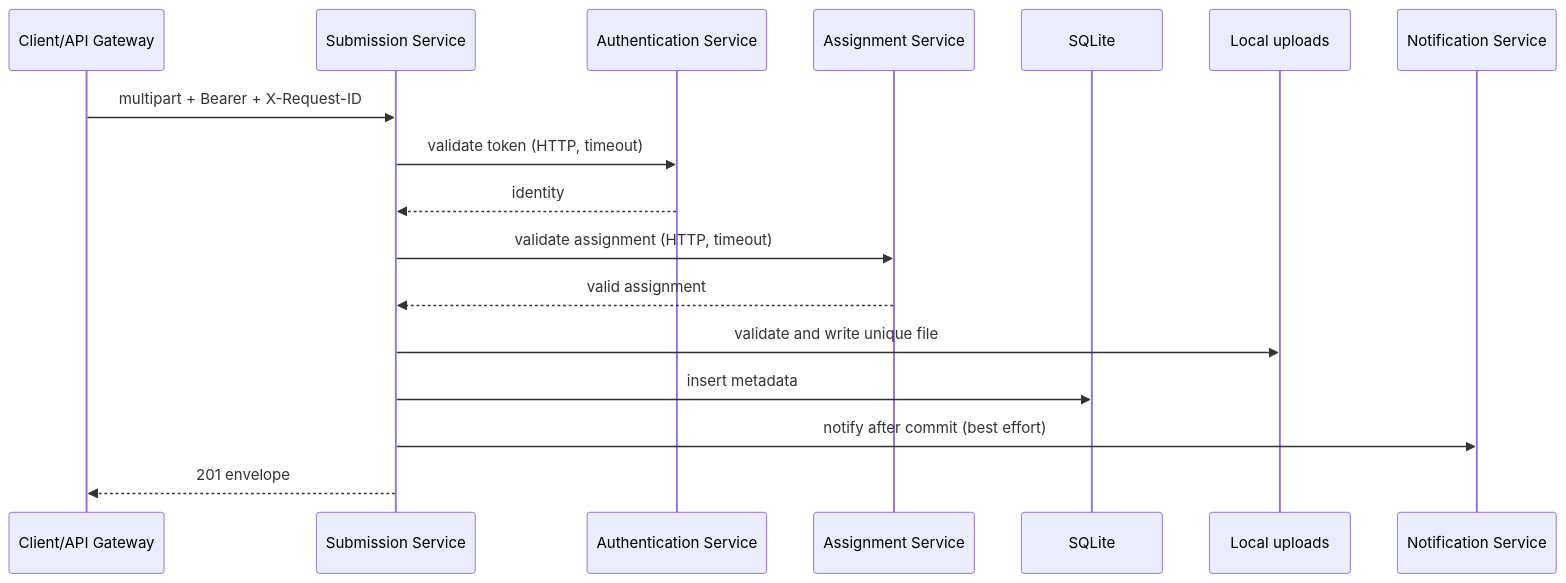
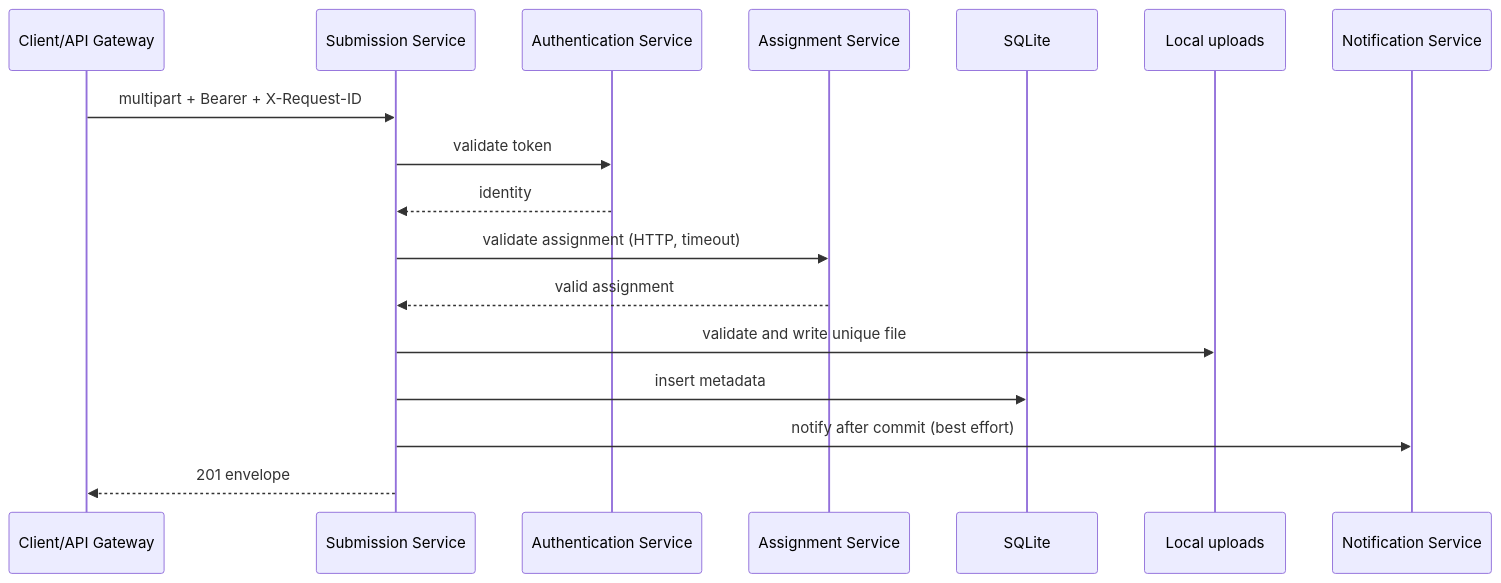
Before and after one commit to rustihayu-hub/submissionfile: the diagram in API_CONTRACT.md, drawn with Mermaid. The commit also changed other lines of this file and 15 other files, not shown here.

````diff
--- a/API_CONTRACT.md
+++ b/API_CONTRACT.md
@@ -73,19 +73,19 @@
 ```mermaid
 sequenceDiagram
     participant C as Client/API Gateway
     participant S as Submission Service
     participant A as Authentication Service
     participant D as Assignment Service
     participant DB as SQLite
     participant FS as Local uploads
     participant N as Notification Service
     C->>S: multipart + Bearer + X-Request-ID
-    S->>A: validate token (HTTP, timeout)
+    S->>A: validate token
     A-->>S: identity
     S->>D: validate assignment (HTTP, timeout)
     D-->>S: valid assignment
     S->>FS: validate and write unique file
     S->>DB: insert metadata
     S->>N: notify after commit (best effort)
     S-->>C: 201 envelope
 ```
````
